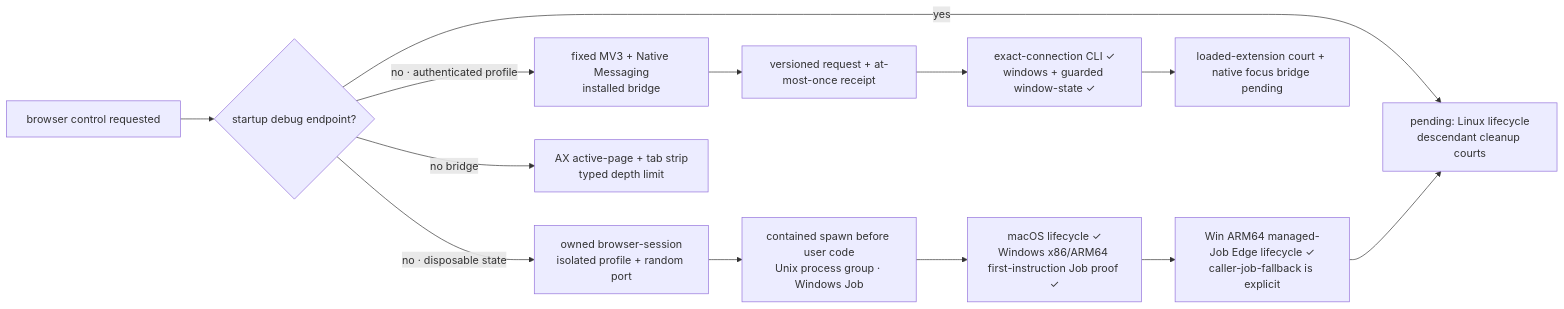
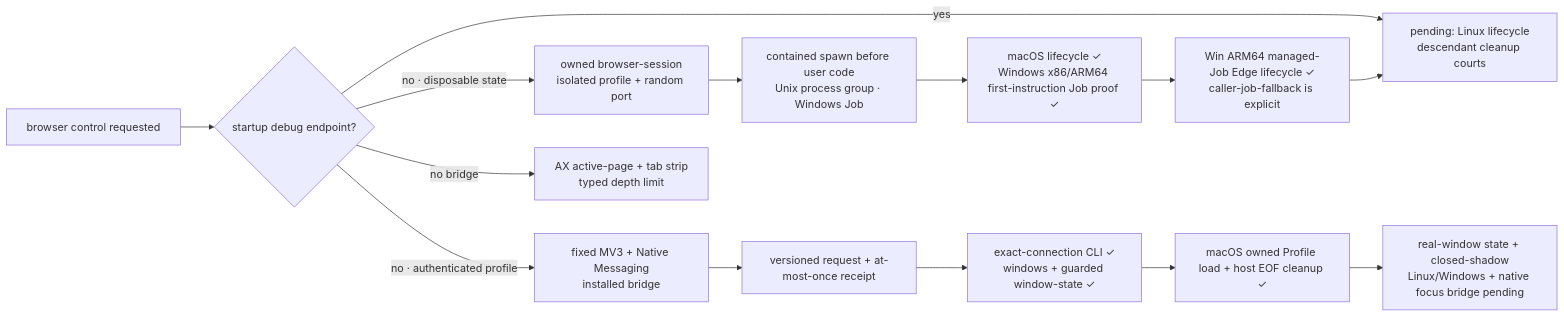
Before and after one commit to partnernetsoftware/agenterm: the fifth of 16 diagrams in prd/PRD_02_28_agenterm_cu.md, drawn with Mermaid. The commit also changed other lines of this file and 16 other files, not shown here.

Commit message:
cu: prove owned MV3 browser bridge lifecycle

````diff
--- a/prd/PRD_02_28_agenterm_cu.md
+++ b/prd/PRD_02_28_agenterm_cu.md
@@ -635,15 +642,16 @@
 ```mermaid
 flowchart LR
   B["browser control requested"] --> D{"startup debug endpoint?"}
   D -->|yes| P["borrow exact PID/port<br/>owned=false"]
   D -->|no · disposable state| S["owned browser-session<br/>isolated profile + random port"]
   D -->|no · authenticated profile| X["fixed MV3 + Native Messaging<br/>installed bridge"]
   D -->|no bridge| A["AX active-page + tab strip<br/>typed depth limit"]
   S --> C["contained spawn before user code<br/>Unix process group · Windows Job"]
   C --> E["macOS lifecycle ✓<br/>Windows x86/ARM64 first-instruction Job proof ✓"]
   E --> W["Win ARM64 managed-Job Edge lifecycle ✓<br/>caller-job-fallback is explicit"]
   W --> P["pending: Linux lifecycle<br/>descendant cleanup courts"]
   X --> R["versioned request + at-most-once receipt"]
   R --> Y["exact-connection CLI ✓<br/>windows + guarded window-state ✓"]
-  Y --> Z["loaded-extension court + native focus bridge pending"]
+  Y --> L["macOS owned Profile load + host EOF cleanup ✓"]
+  L --> Z["real-window state + closed-shadow<br/>Linux/Windows + native focus bridge pending"]
 ```
````
